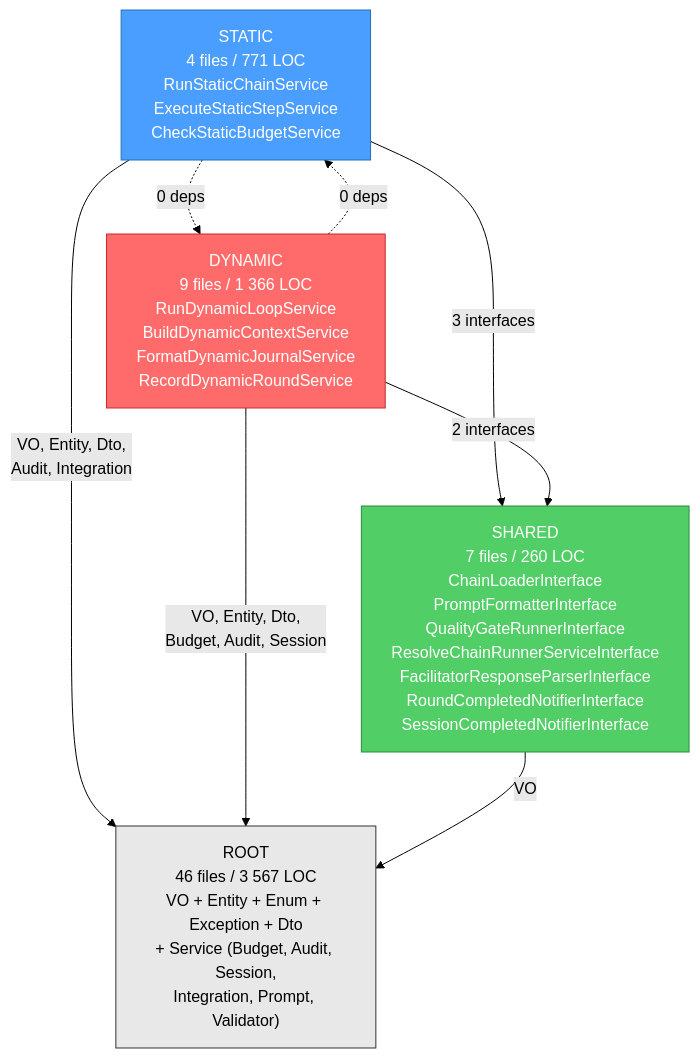
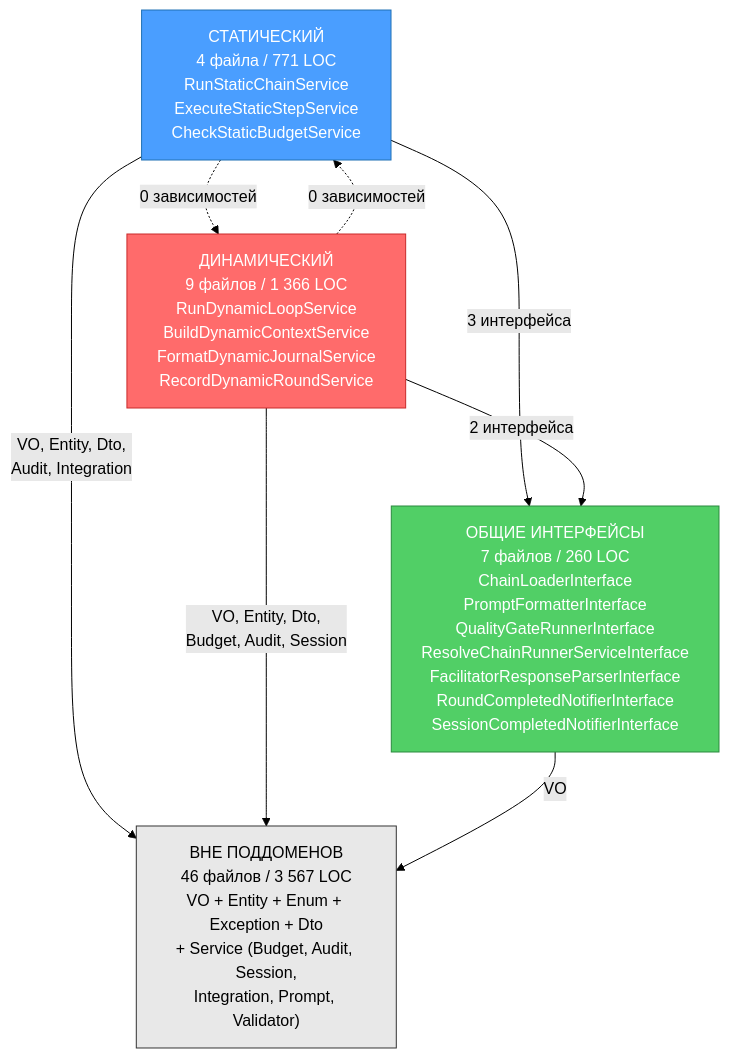
Before and after one commit to prikotov/task-orchestrator: the first of 2 diagrams in docs/releases/domain-inventory-orchestrator.md, drawn with Mermaid (forest theme). The commit also changed other lines of this file and 49 other files, not shown here.

````diff
--- a/docs/releases/domain-inventory-orchestrator.md
+++ b/docs/releases/domain-inventory-orchestrator.md
@@ -335,22 +335,22 @@
 ```mermaid
 graph TD
-    ROOT["ROOT<br/>46 files / 3 567 LOC<br/>VO + Entity + Enum + Exception + Dto<br/>+ Service (Budget, Audit, Session,<br/>Integration, Prompt, Validator)"]
+    A["ВНЕ ПОДДОМЕНОВ<br/>46 файлов / 3 567 LOC<br/>VO + Entity + Enum + Exception + Dto<br/>+ Service (Budget, Audit, Session,<br/>Integration, Prompt, Validator)"]
 
-    STATIC["STATIC<br/>4 files / 771 LOC<br/>RunStaticChainService<br/>ExecuteStaticStepService<br/>CheckStaticBudgetService"]
-    DYNAMIC["DYNAMIC<br/>9 files / 1 366 LOC<br/>RunDynamicLoopService<br/>BuildDynamicContextService<br/>FormatDynamicJournalService<br/>RecordDynamicRoundService"]
-    SHARED["SHARED<br/>7 files / 260 LOC<br/>ChainLoaderInterface<br/>PromptFormatterInterface<br/>QualityGateRunnerInterface<br/>ResolveChainRunnerServiceInterface<br/>FacilitatorResponseParserInterface<br/>RoundCompletedNotifierInterface<br/>SessionCompletedNotifierInterface"]
+    СТАТИЧЕСКИЙ["СТАТИЧЕСКИЙ<br/>4 файла / 771 LOC<br/>RunStaticChainService<br/>ExecuteStaticStepService<br/>CheckStaticBudgetService"]
+    ДИНАМИЧЕСКИЙ["ДИНАМИЧЕСКИЙ<br/>9 файлов / 1 366 LOC<br/>RunDynamicLoopService<br/>BuildDynamicContextService<br/>FormatDynamicJournalService<br/>RecordDynamicRoundService"]
+    B["ОБЩИЕ ИНТЕРФЕЙСЫ<br/>7 файлов / 260 LOC<br/>ChainLoaderInterface<br/>PromptFormatterInterface<br/>QualityGateRunnerInterface<br/>ResolveChainRunnerServiceInterface<br/>FacilitatorResponseParserInterface<br/>RoundCompletedNotifierInterface<br/>SessionCompletedNotifierInterface"]
 
-    STATIC -->|"VO, Entity, Dto,<br/>Audit, Integration"| ROOT
-    STATIC -->|"3 interfaces"| SHARED
-    DYNAMIC -->|"VO, Entity, Dto,<br/>Budget, Audit, Session"| ROOT
-    DYNAMIC -->|"2 interfaces"| SHARED
-    SHARED -->|"VO"| ROOT
+    СТАТИЧЕСКИЙ -->|"VO, Entity, Dto,<br/>Audit, Integration"| A
+    СТАТИЧЕСКИЙ -->|"3 интерфейса"| B
+    ДИНАМИЧЕСКИЙ -->|"VO, Entity, Dto,<br/>Budget, Audit, Session"| A
+    ДИНАМИЧЕСКИЙ -->|"2 интерфейса"| B
+    B -->|"VO"| A
 
-    STATIC -.->|"0 deps"| DYNAMIC
-    DYNAMIC -.->|"0 deps"| STATIC
+    СТАТИЧЕСКИЙ -.->|"0 зависимостей"| ДИНАМИЧЕСКИЙ
+    ДИНАМИЧЕСКИЙ -.->|"0 зависимостей"| СТАТИЧЕСКИЙ
 
-    style ROOT fill:#e8e8e8,stroke:#333
-    style STATIC fill:#4a9eff,stroke:#2171b5,color:#fff
-    style DYNAMIC fill:#ff6b6b,stroke:#c92a2a,color:#fff
-    style SHARED fill:#51cf66,stroke:#2b8a3e,color:#fff
+    style A fill:#e8e8e8,stroke:#333
+    style СТАТИЧЕСКИЙ fill:#4a9eff,stroke:#2171b5,color:#fff
+    style ДИНАМИЧЕСКИЙ fill:#ff6b6b,stroke:#c92a2a,color:#fff
+    style B fill:#51cf66,stroke:#2b8a3e,color:#fff
 ```
````
